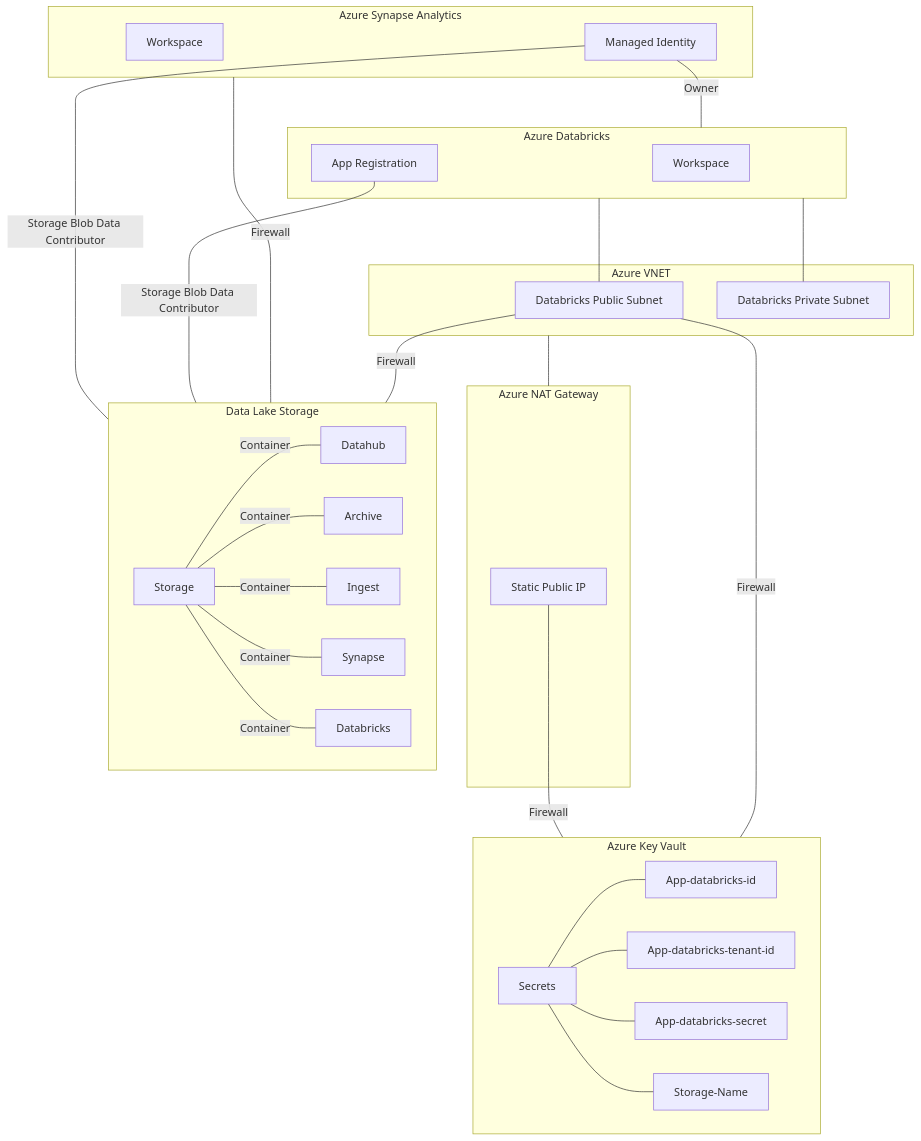
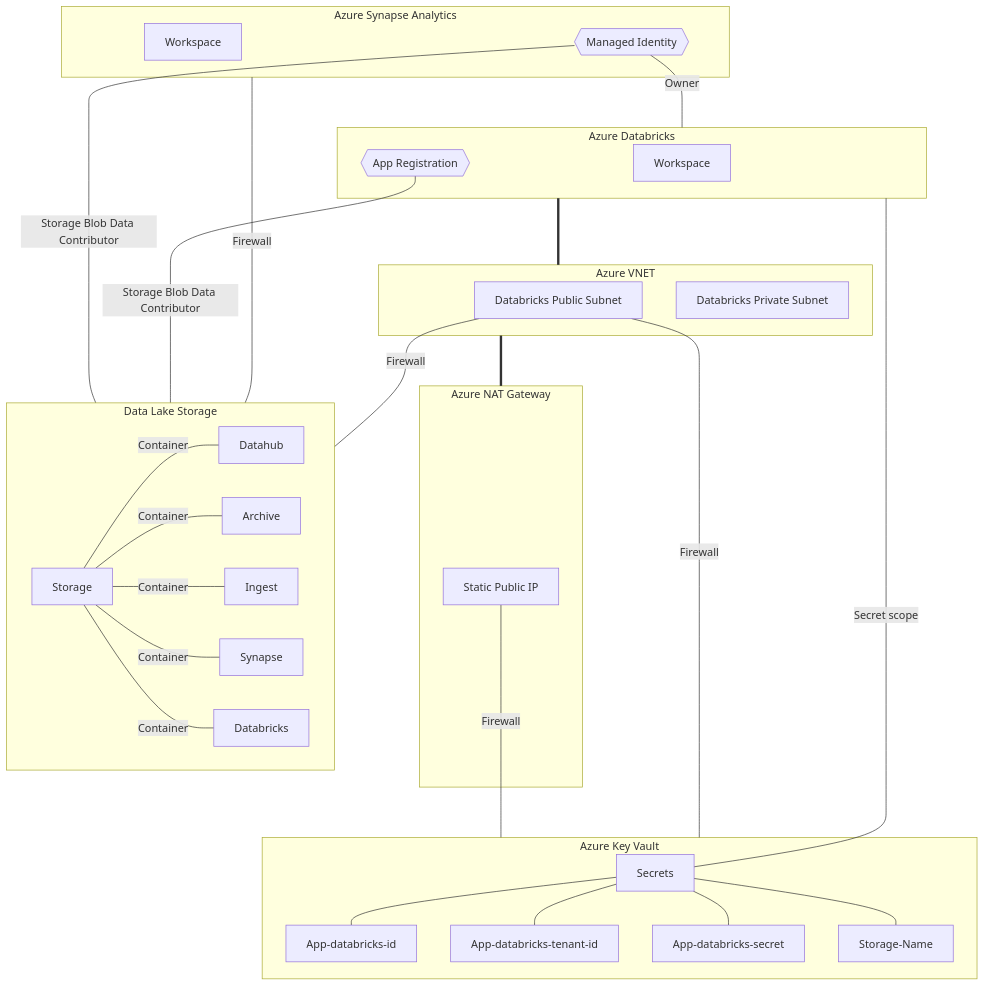
One commit to Qivada/ADA changed the diagram in AzureDeployment/modern-data-platform/README.md. Above: the diagram before and after it, drawn with Mermaid.

```diff
--- a/AzureDeployment/modern-data-platform/README.md
+++ b/AzureDeployment/modern-data-platform/README.md
@@ -6,52 +6,53 @@
 ~~~mermaid
 graph TB
     subgraph VNET[Azure VNET]
         SNET_PUBLIC[Databricks Public Subnet]
         SNET_PRIVATE[Databricks Private Subnet]
     end
     
     subgraph NAT[Azure NAT Gateway]
         NAT_PUBLIC_IP[Static Public IP]
     end
     
     subgraph SYNAPSE_ANALYTICS[Azure Synapse Analytics]
       SYNAPSE_WORKSPACE[Workspace]
-      SYNAPSE_WORKSPACE_MANAGED_IDENTITY[Managed Identity]      
+      SYNAPSE_WORKSPACE_MANAGED_IDENTITY{{Managed Identity}}
     end
     
     subgraph DATA_LAKE[Data Lake Storage]
       DATA_LAKE_STORAGE[Storage]
       DATA_LAKE_STORAGE ---|Container| DATA_LAKE_STORAGE_CONTAINER_DATAHUB[Datahub]
       DATA_LAKE_STORAGE ---|Container| DATA_LAKE_STORAGE_CONTAINER_ARCHIVE[Archive]
       DATA_LAKE_STORAGE ---|Container| DATA_LAKE_STORAGE_CONTAINER_INGEST[Ingest]
       DATA_LAKE_STORAGE ---|Container| DATA_LAKE_STORAGE_CONTAINER_SYNAPSE[Synapse]
       DATA_LAKE_STORAGE ---|Container| DATA_LAKE_STORAGE_CONTAINER_DATABRICKS[Databricks]
     end
     
-    VNET --- NAT
+    VNET === NAT
     
     subgraph DATABRICKS[Azure Databricks]
         DATABRICKS_WORKSPACE[Workspace]
-        DATABRICKS_APP_REGISTRATION[App Registration]
+        DATABRICKS_APP_REGISTRATION{{App Registration}}
     end
     
     subgraph KEY_VAULT[Azure Key Vault]
         KEY_VAULT_SECRETS[Secrets]
         KEY_VAULT_SECRETS --- KEY_VAULT_SECRET_001[App-databricks-id]
         KEY_VAULT_SECRETS --- KEY_VAULT_SECRET_002[App-databricks-tenant-id]
         KEY_VAULT_SECRETS --- KEY_VAULT_SECRET_003[App-databricks-secret]
         KEY_VAULT_SECRETS --- KEY_VAULT_SECRET_004[Storage-Name]
     end
     
-    DATABRICKS --- SNET_PUBLIC
-    DATABRICKS --- SNET_PRIVATE
+    DATABRICKS === VNET
     
     SYNAPSE_WORKSPACE_MANAGED_IDENTITY ---|Storage Blob Data Contributor|DATA_LAKE
     SYNAPSE_WORKSPACE_MANAGED_IDENTITY ---|Owner|DATABRICKS
     DATABRICKS_APP_REGISTRATION ---|Storage Blob Data Contributor|DATA_LAKE
     
     NAT_PUBLIC_IP ---|Firewall|KEY_VAULT    
     SYNAPSE_ANALYTICS ---|Firewall|DATA_LAKE
     SNET_PUBLIC ---|Firewall|DATA_LAKE
     SNET_PUBLIC ---|Firewall|KEY_VAULT
+    
+    DATABRICKS ---|Secret scope|KEY_VAULT_SECRETS
 ~~~
```
